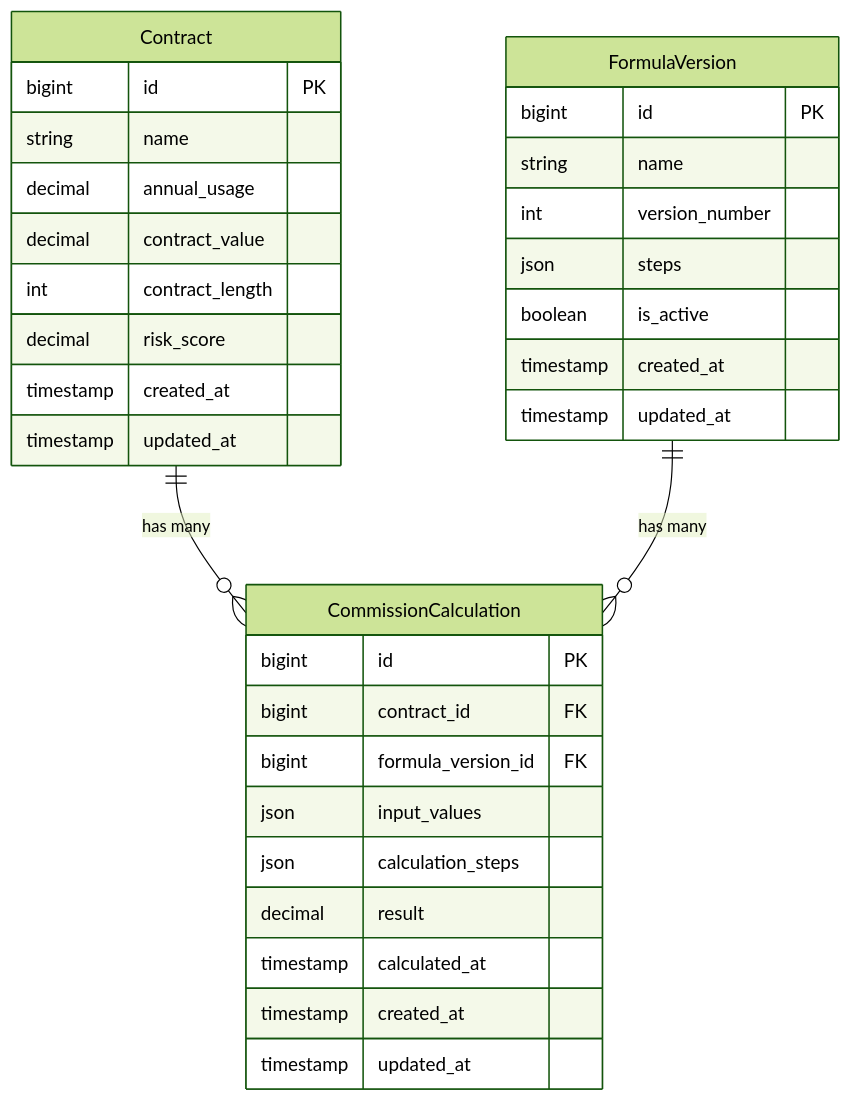
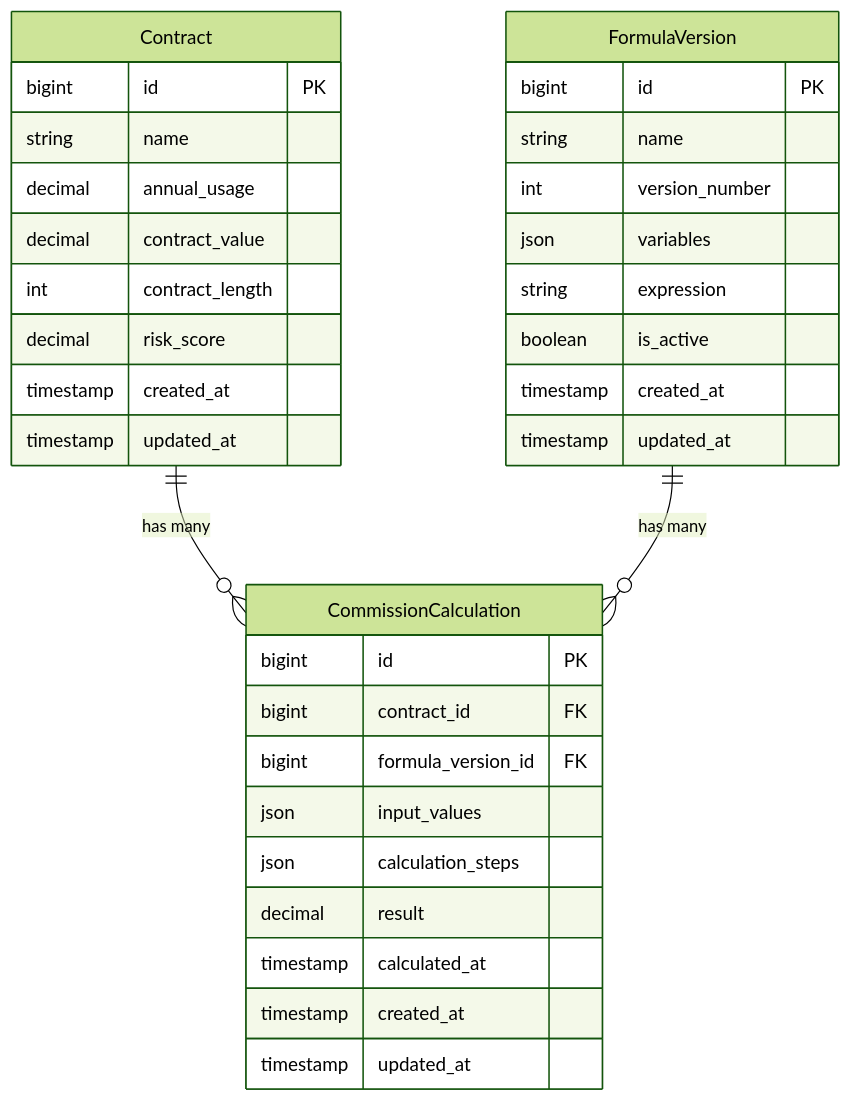
Before and after one commit to itamarack/energy-logix: the diagram in ARCHITECTURE.md, drawn with Mermaid (forest theme). The commit also changed other lines of this file and 1 other file, not shown here.

Commit message:
docs: update installation instructions and expand architectural documentation for backend and frontend systems

````diff
--- a/ARCHITECTURE.md
+++ b/ARCHITECTURE.md
@@ -24,38 +57,39 @@
 ```mermaid
 erDiagram
     FormulaVersion {
         bigint id PK
         string name
         int version_number
-        json steps
+        json variables
+        string expression
         boolean is_active
         timestamp created_at
         timestamp updated_at
     }
 
     Contract {
         bigint id PK
         string name
         decimal annual_usage
         decimal contract_value
         int contract_length
         decimal risk_score
         timestamp created_at
         timestamp updated_at
     }
 
     CommissionCalculation {
         bigint id PK
         bigint contract_id FK
         bigint formula_version_id FK
         json input_values
         json calculation_steps
         decimal result
         timestamp calculated_at
         timestamp created_at
         timestamp updated_at
     }
 
     Contract ||--o{ CommissionCalculation : "has many"
     FormulaVersion ||--o{ CommissionCalculation : "has many"
 ```
````
